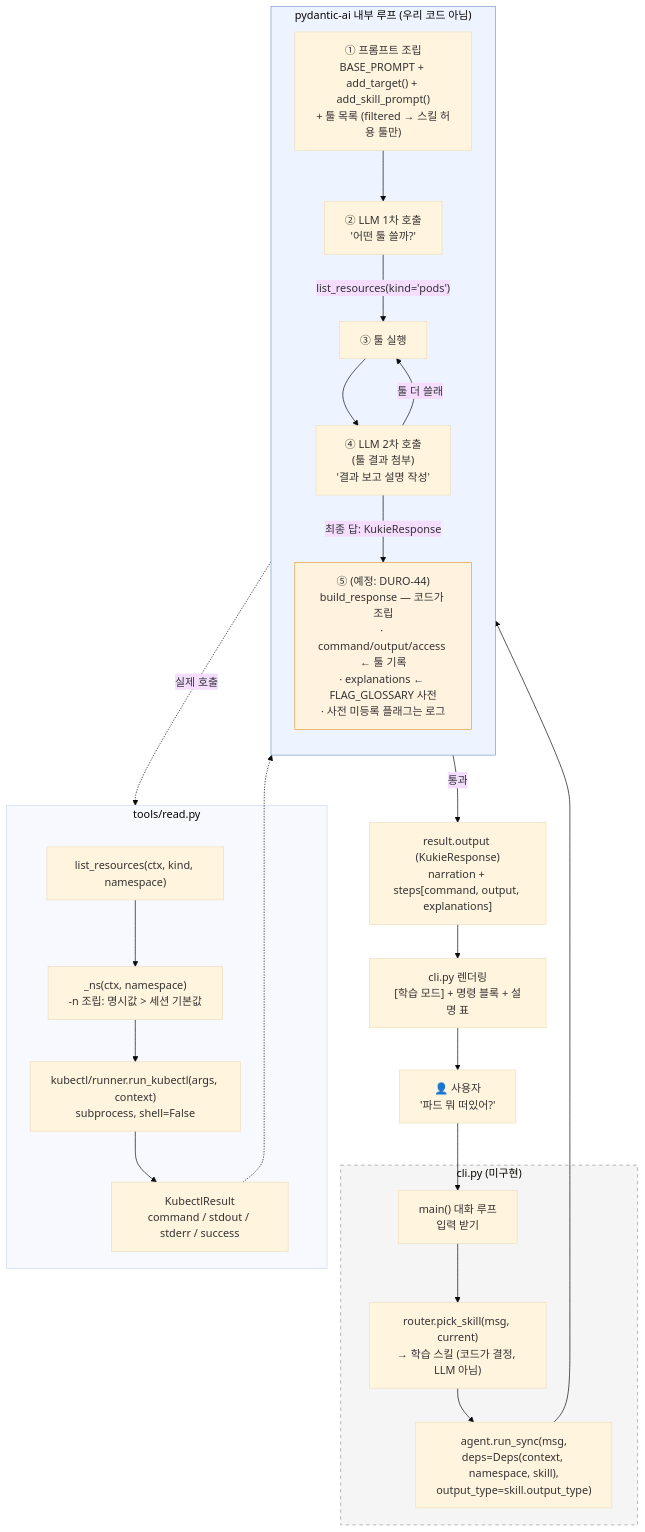
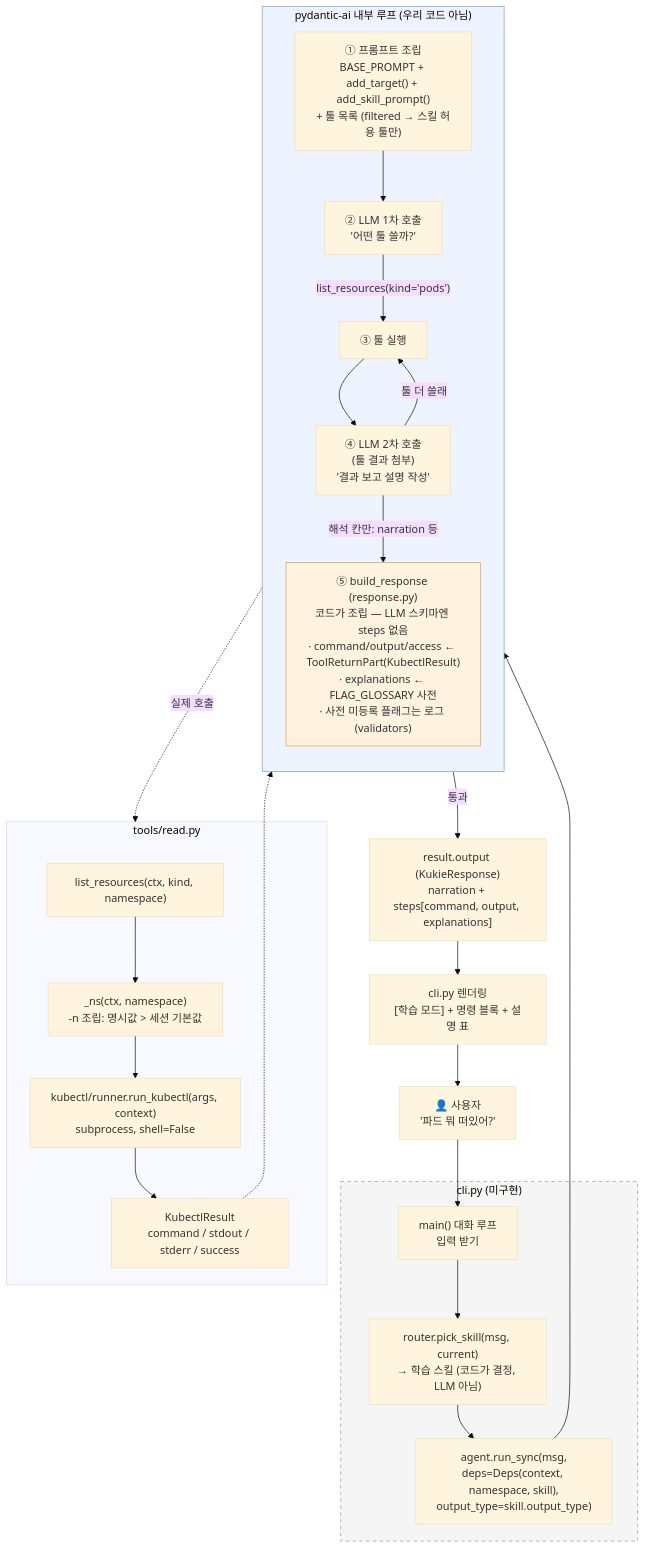
The first of 3 diagrams in docs/agent-flow.md (durokukie/agent), drawn with Mermaid (base theme) before and after one commit. The commit also changed other lines of this file and 8 other files, not shown here.

First line of the commit message:
feat: 응답 사실 칸을 코드가 조립 — build_response 함수 output_type + FLAG_GLOSSARY (DURO-44)

````diff
--- a/docs/agent-flow.md
+++ b/docs/agent-flow.md
@@ -8,40 +8,40 @@
 ```mermaid
 flowchart TD
     U["👤 사용자<br/>'파드 뭐 떠있어?'"] --> CLI
 
     subgraph CLI_["cli.py (미구현)"]
         CLI["main() 대화 루프<br/>입력 받기"]
         CLI --> R["router.pick_skill(msg, current)<br/>→ 학습 스킬 (코드가 결정, LLM 아님)"]
         R --> RUN["agent.run_sync(msg,<br/>deps=Deps(context, namespace, skill),<br/>output_type=skill.output_type)"]
     end
 
     RUN --> PA
 
     subgraph PA["pydantic-ai 내부 루프 (우리 코드 아님)"]
         direction TB
         P1["① 프롬프트 조립<br/>BASE_PROMPT + add_target() + add_skill_prompt()<br/>+ 툴 목록 (filtered → 스킬 허용 툴만)"]
         P1 --> L1["② LLM 1차 호출<br/>'어떤 툴 쓸까?'"]
         L1 -->|"list_resources(kind='pods')"| T
         T["③ 툴 실행"] --> L2["④ LLM 2차 호출<br/>(툴 결과 첨부)<br/>'결과 보고 설명 작성'"]
         L2 -->|"툴 더 쓸래"| T
-        L2 -->|"최종 답: KukieResponse"| V["⑤ (예정: DURO-44)<br/>build_response — 코드가 조립<br/>· command/output/access ← 툴 기록<br/>· explanations ← FLAG_GLOSSARY 사전<br/>· 사전 미등록 플래그는 로그"]
+        L2 -->|"해석 칸만: narration 등"| V["⑤ build_response (response.py)<br/>코드가 조립 — LLM 스키마엔 steps 없음<br/>· command/output/access ← ToolReturnPart(KubectlResult)<br/>· explanations ← FLAG_GLOSSARY 사전<br/>· 사전 미등록 플래그는 로그 (validators)"]
     end
 
     T -.->|"실제 호출"| RT
 
     subgraph RT["tools/read.py"]
         RT1["list_resources(ctx, kind, namespace)"]
         RT1 --> NS["_ns(ctx, namespace)<br/>-n 조립: 명시값 > 세션 기본값"]
         NS --> RK["kubectl/runner.run_kubectl(args, context)<br/>subprocess, shell=False"]
         RK --> KR["KubectlResult<br/>command / stdout / stderr / success"]
     end
 
     KR -.-> T
     V -->|"통과"| OUT["result.output (KukieResponse)<br/>narration + steps[command, output, explanations]"]
     OUT --> CLI2["cli.py 렌더링<br/>[학습 모드] + 명령 블록 + 설명 표"]
     CLI2 --> U
 
     style CLI_ fill:#f5f5f5,stroke:#999,stroke-dasharray: 5 5
     style PA fill:#eef4ff,stroke:#7a9cc6
     style V fill:#fff3e0,stroke:#e0a040
 ```
````
